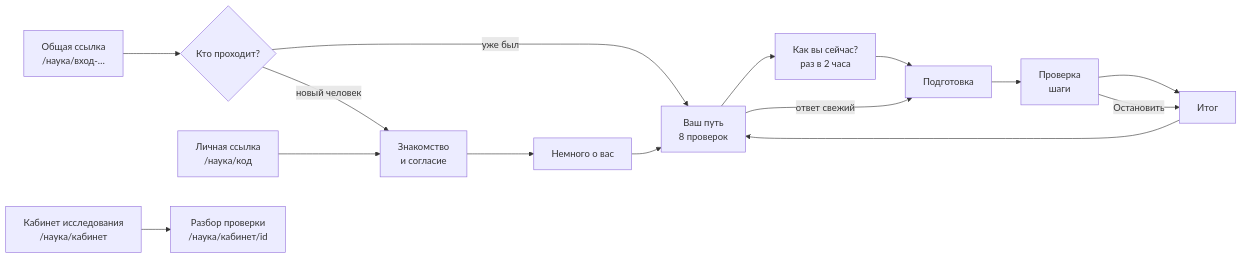
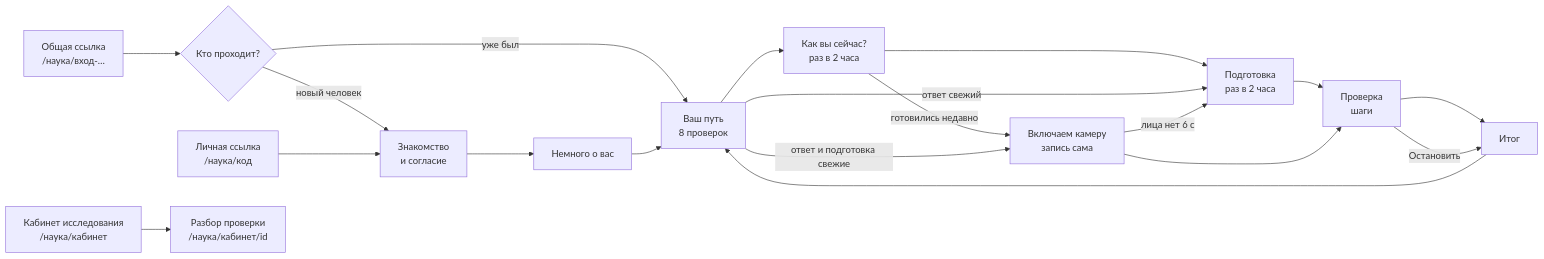
Before and after one commit to ahmtgv/flamingo: the diagram in docs/дизайн/ИССЛЕДОВАНИЕ-ПЕРЕДАЧА-ЭКРАНОВ.md, drawn with Mermaid. The commit also changed other lines of this file and 11 other files, not shown here.

````diff
--- a/docs/дизайн/ИССЛЕДОВАНИЕ-ПЕРЕДАЧА-ЭКРАНОВ.md
+++ b/docs/дизайн/ИССЛЕДОВАНИЕ-ПЕРЕДАЧА-ЭКРАНОВ.md
@@ -17,13 +17,17 @@
 ```mermaid
 flowchart LR
   ссылка["Общая ссылка<br>/наука/вход-…"] --> кто{"Кто проходит?"}
   кто -->|новый человек| знакомство["Знакомство<br>и согласие"]
   кто -->|уже был| путь
   личная["Личная ссылка<br>/наука/код"] --> знакомство
   знакомство --> овас["Немного о вас"] --> путь["Ваш путь<br>8 проверок"]
-  путь --> каквы["Как вы сейчас?<br>раз в 2 часа"] --> подготовка["Подготовка"]
+  путь --> каквы["Как вы сейчас?<br>раз в 2 часа"] --> подготовка["Подготовка<br>раз в 2 часа"]
   путь -->|ответ свежий| подготовка
+  каквы -->|готовились недавно| начинаем["Включаем камеру<br>запись сама"]
+  путь -->|ответ и подготовка свежие| начинаем
   подготовка --> проверка["Проверка<br>шаги"] --> итог["Итог"] --> путь
+  начинаем --> проверка
+  начинаем -->|лица нет 6 с| подготовка
   проверка -->|Остановить| итог
   кабинет["Кабинет исследования<br>/наука/кабинет"] --> разбор["Разбор проверки<br>/наука/кабинет/id"]
 ```
````
